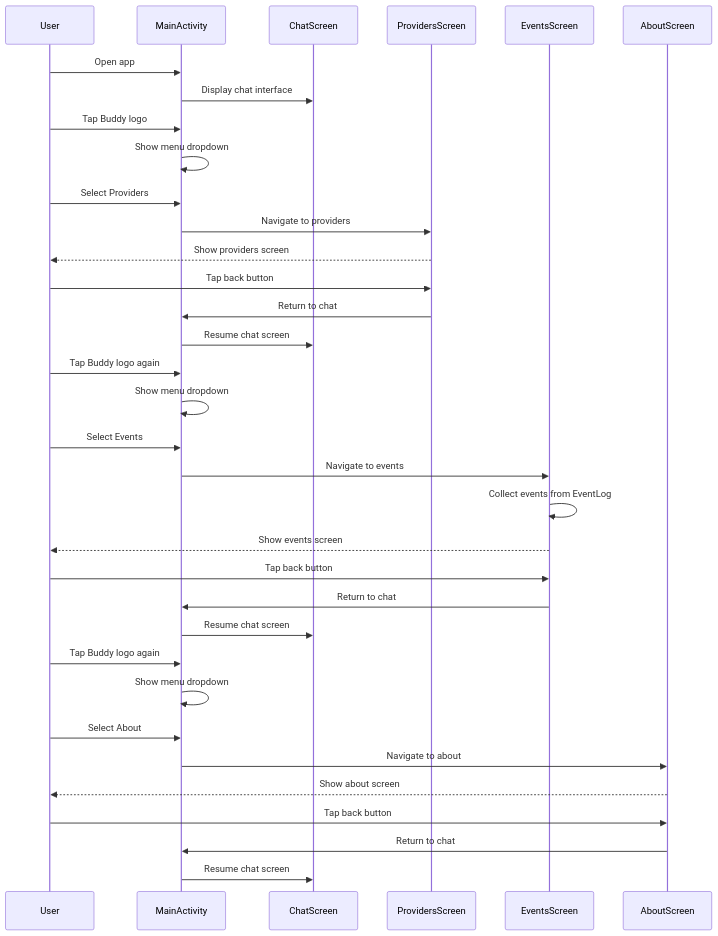
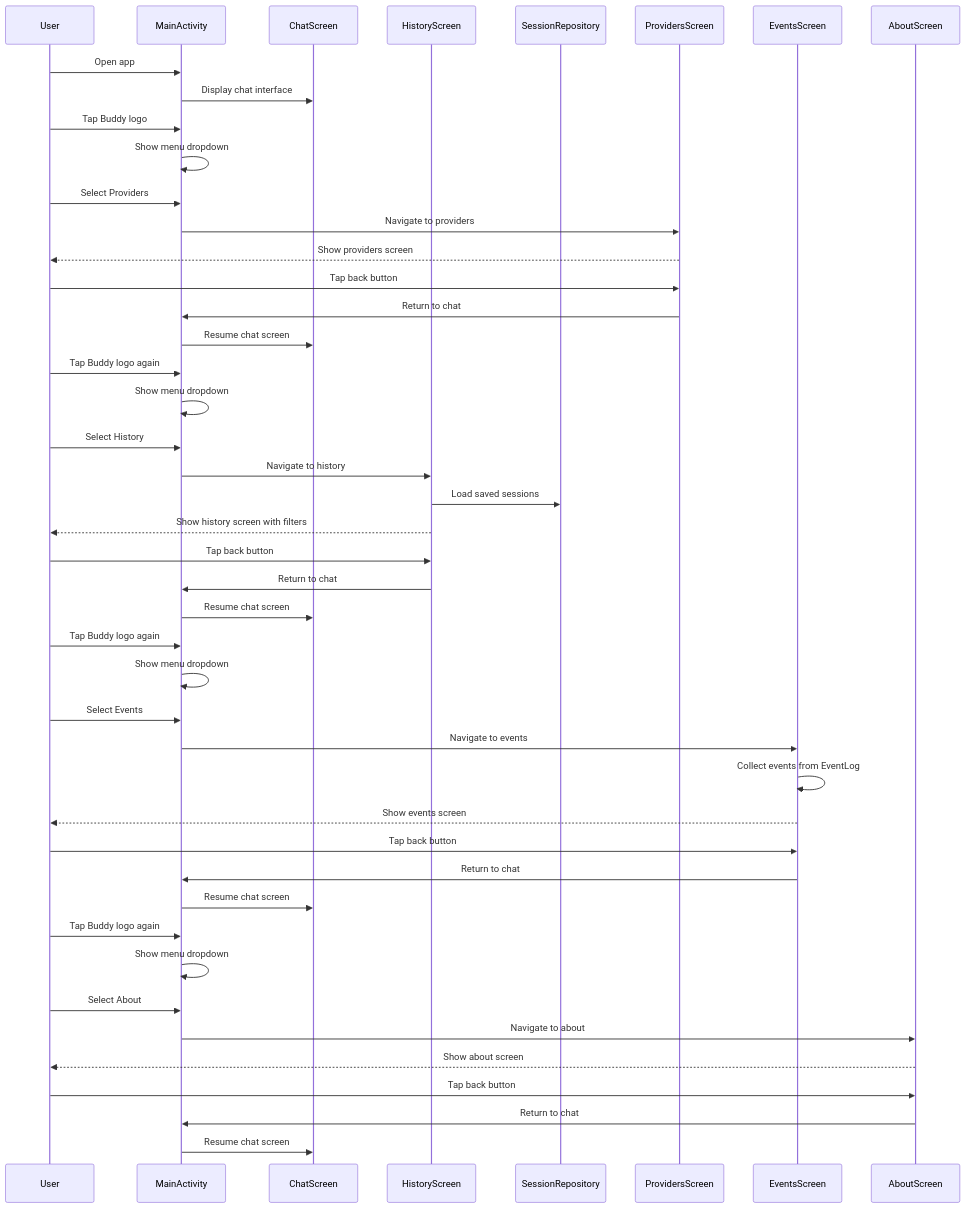
One commit to lehoang318/buddy changed the tenth of 12 diagrams in docs/seq_others.md. Above: the diagram before and after it, drawn with Mermaid. The commit also changed other lines of this file and 11 other files, not shown here.

````diff
--- a/docs/seq_others.md
+++ b/docs/seq_others.md
@@ -334,46 +334,60 @@
 ```mermaid
 sequenceDiagram
     participant User
     participant MainActivity
     participant ChatScreen
+    participant HistoryScreen
+    participant SessionRepository
     participant ProvidersScreen
     participant EventsScreen
     participant AboutScreen
 
     User->>MainActivity: Open app
     MainActivity->>ChatScreen: Display chat interface
 
     User->>MainActivity: Tap Buddy logo
     MainActivity->>MainActivity: Show menu dropdown
 
     User->>MainActivity: Select Providers
     MainActivity->>ProvidersScreen: Navigate to providers
     ProvidersScreen-->>User: Show providers screen
 
     User->>ProvidersScreen: Tap back button
     ProvidersScreen->>MainActivity: Return to chat
+    MainActivity->>ChatScreen: Resume chat screen
+
+    User->>MainActivity: Tap Buddy logo again
+    MainActivity->>MainActivity: Show menu dropdown
+
+    User->>MainActivity: Select History
+    MainActivity->>HistoryScreen: Navigate to history
+    HistoryScreen->>SessionRepository: Load saved sessions
+    HistoryScreen-->>User: Show history screen with filters
+
+    User->>HistoryScreen: Tap back button
+    HistoryScreen->>MainActivity: Return to chat
     MainActivity->>ChatScreen: Resume chat screen
 
     User->>MainActivity: Tap Buddy logo again
     MainActivity->>MainActivity: Show menu dropdown
 
     User->>MainActivity: Select Events
     MainActivity->>EventsScreen: Navigate to events
     EventsScreen->>EventsScreen: Collect events from EventLog
     EventsScreen-->>User: Show events screen
 
     User->>EventsScreen: Tap back button
     EventsScreen->>MainActivity: Return to chat
     MainActivity->>ChatScreen: Resume chat screen
 
     User->>MainActivity: Tap Buddy logo again
     MainActivity->>MainActivity: Show menu dropdown
 
     User->>MainActivity: Select About
     MainActivity->>AboutScreen: Navigate to about
     AboutScreen-->>User: Show about screen
 
     User->>AboutScreen: Tap back button
     AboutScreen->>MainActivity: Return to chat
     MainActivity->>ChatScreen: Resume chat screen
 ```
````
